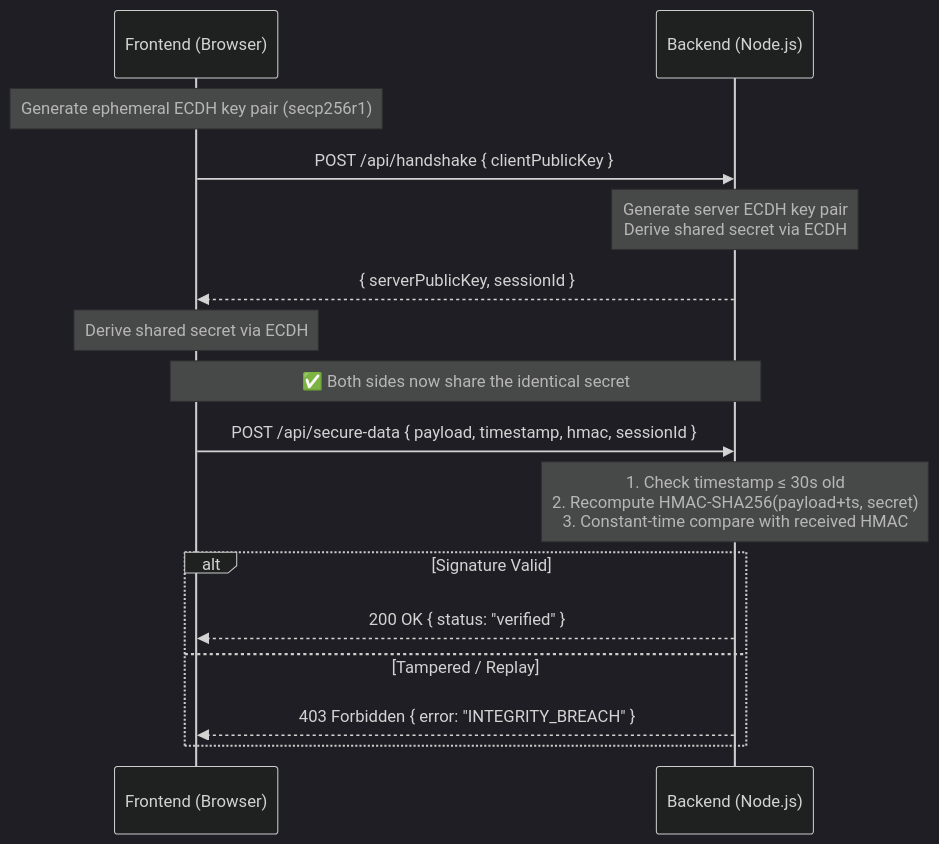
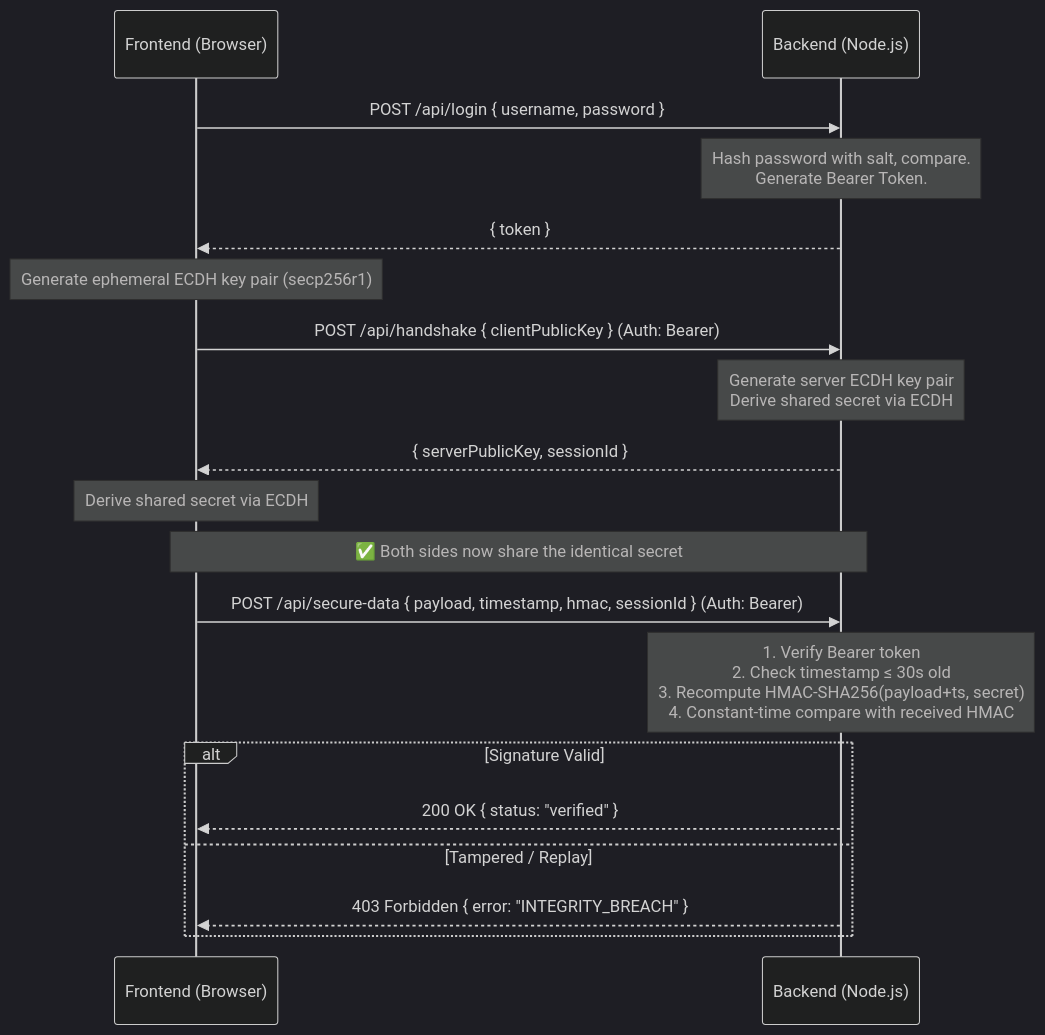
The diagram in README.md (nehabenny/secure-api-communication-system), drawn with Mermaid (dark theme) before and after one commit. The commit also changed other lines of this file and 10 other files, not shown here.

````diff
--- a/README.md
+++ b/README.md
@@ -35,21 +39,25 @@
 ```mermaid
 sequenceDiagram
     participant Client as Frontend (Browser)
     participant Server as Backend (Node.js)
 
+    Client->>Server: POST /api/login { username, password }
+    Note over Server: Hash password with salt, compare.<br/>Generate Bearer Token.
+    Server-->>Client: { token }
+
     Note over Client: Generate ephemeral ECDH key pair (secp256r1)
-    Client->>Server: POST /api/handshake { clientPublicKey }
+    Client->>Server: POST /api/handshake { clientPublicKey } (Auth: Bearer)
     Note over Server: Generate server ECDH key pair<br/>Derive shared secret via ECDH
     Server-->>Client: { serverPublicKey, sessionId }
     Note over Client: Derive shared secret via ECDH
 
     Note over Client,Server: ✅ Both sides now share the identical secret
 
-    Client->>Server: POST /api/secure-data { payload, timestamp, hmac, sessionId }
-    Note over Server: 1. Check timestamp ≤ 30s old<br/>2. Recompute HMAC-SHA256(payload+ts, secret)<br/>3. Constant-time compare with received HMAC
+    Client->>Server: POST /api/secure-data { payload, timestamp, hmac, sessionId } (Auth: Bearer)
+    Note over Server: 1. Verify Bearer token<br/>2. Check timestamp ≤ 30s old<br/>3. Recompute HMAC-SHA256(payload+ts, secret)<br/>4. Constant-time compare with received HMAC
     alt Signature Valid
         Server-->>Client: 200 OK { status: "verified" }
     else Tampered / Replay
         Server-->>Client: 403 Forbidden { error: "INTEGRITY_BREACH" }
     end
 ```
````
